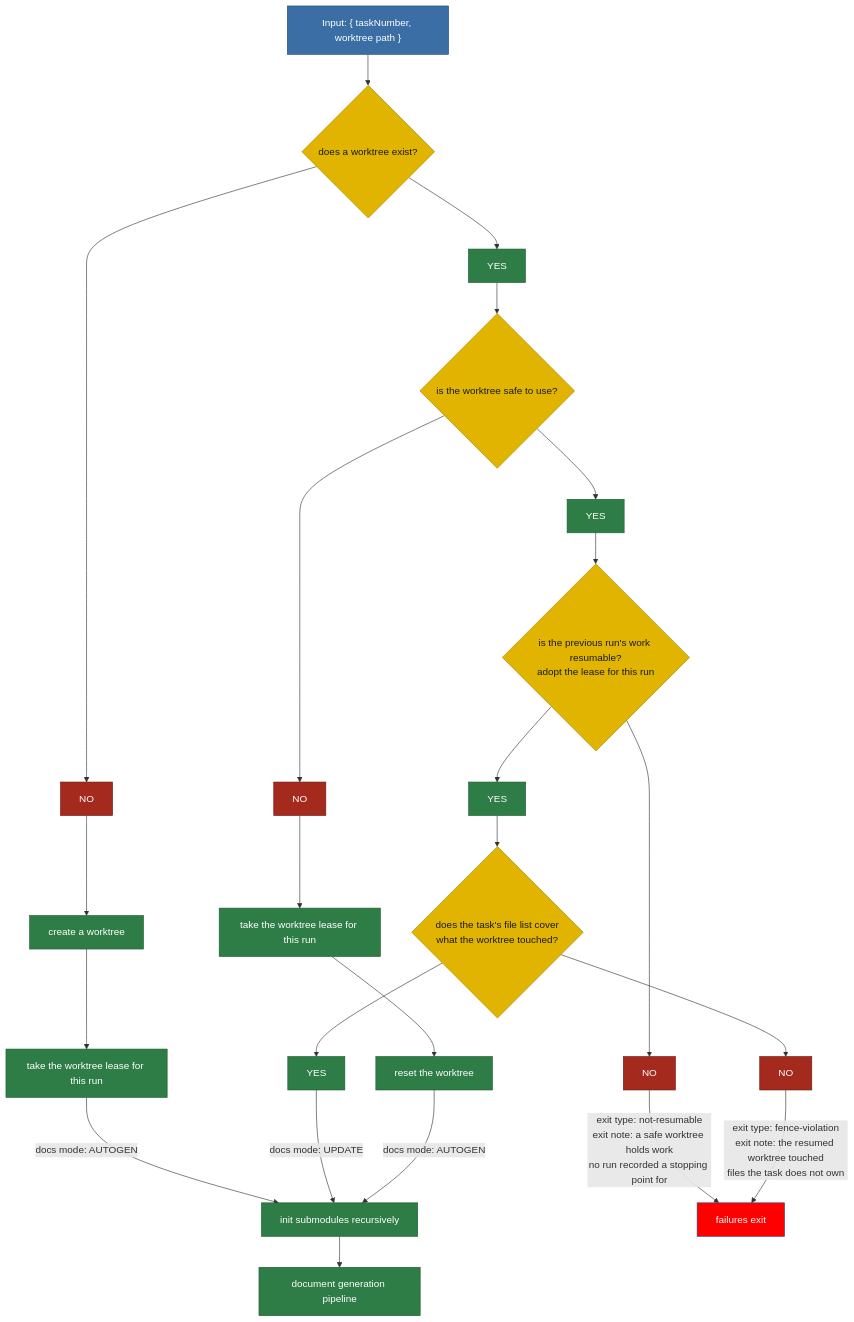
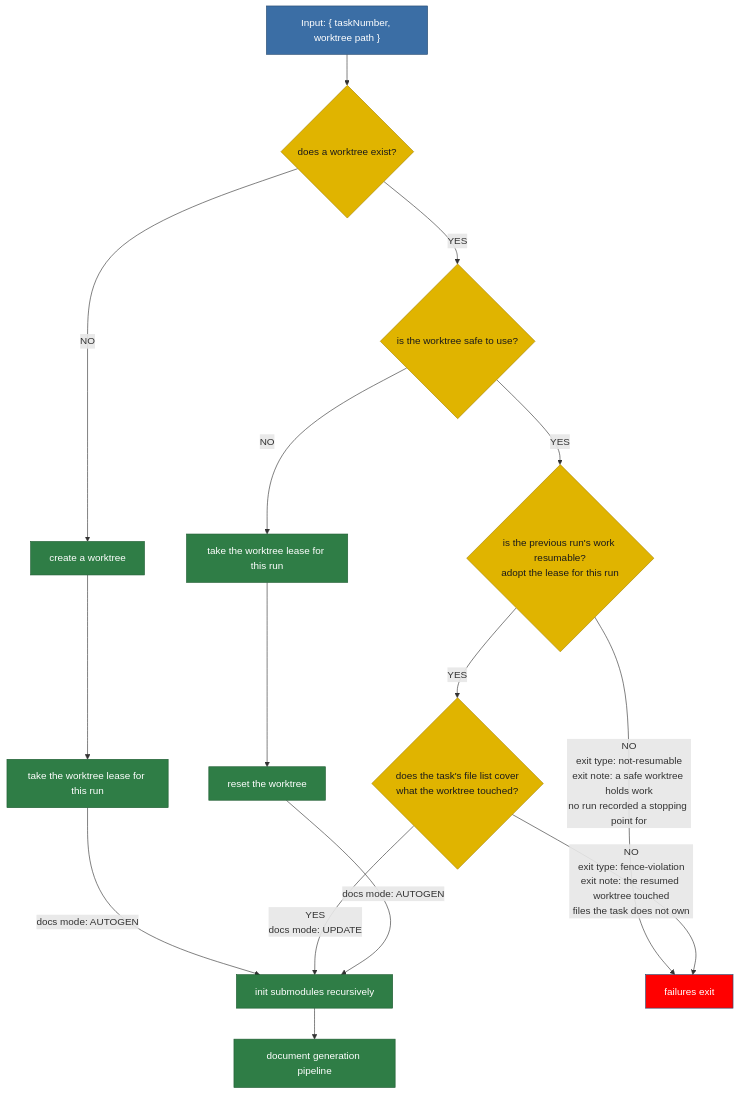
One commit to matkatmusic/taskTools changed the diagram in plans/diagram/pipeline-worktreeCheck.mmd. Above: the diagram before and after it, drawn with Mermaid. The commit also changed 12 other files, not shown here.

Commit message:
changed YES/NO blocks to be labels in diagrams

```diff
--- a/plans/diagram/pipeline-worktreeCheck.mmd
+++ b/plans/diagram/pipeline-worktreeCheck.mmd
@@ -1,78 +1,68 @@
 flowchart TB
 %% WORKTREE CHECK. Input: an active task from the preamble pipeline.
 %% ---
 %% Every git interaction goes through a script, never prose.
 %% ---
 %% A lost mutation is reconciled by re-reading state, never retried blindly.
 %% ---
 %% "safe to use" is structural only; it says nothing about the work inside.
 %% ---
 %% "resumable" is semantic: did the previous run record where it stopped.
 %% ---
 %% RESUME IS WORKTREE-LEVEL: the workflow still restarts at document generation and planning.
 %% ---
 %% The lease is taken or adopted before any reset, per resetTaskWorktree.ts.
 %% ---
 %% A safe worktree is never reset, because its committed work is the user's to keep or discard.
 %% ---
 %% The fence question is asked only of a resumable worktree, and it is asked last.
 %% ---
 %% It covers committed work plus staged and unstaged edits, on every layer.
 %% ---
 %% Untracked files are excluded, because the generated docs are untracked by design.
 %% ---
 %% Every exit here takes the failures exit, because the task is already active.
 %% ---
 %% Exit types this pipeline can produce:
 %% ---
 %%   not-resumable   - a safe worktree holds work no run recorded a stopping point for
 %% ---
 %%   fence-violation - the resumed worktree touched files the task does not own
 %% ---
 %%   run-failed      - a script failed operationally
 
   ACTIVE_TASK_INPUT["Input: { taskNumber, worktree path }"] --> DOES_WORKTREE_EXIST
-  DOES_WORKTREE_EXIST{"does a worktree exist?"} --> DOES_WORKTREE_EXIST_YES["YES"]
-  DOES_WORKTREE_EXIST --> DOES_WORKTREE_EXIST_NO["NO"]
-  DOES_WORKTREE_EXIST_NO --> CREATE_WORKTREE["create a worktree"]
+  DOES_WORKTREE_EXIST{"does a worktree exist?"} -->|YES| IS_WORKTREE_SAFE_TO_USE{"is the worktree safe to use?"}
+  DOES_WORKTREE_EXIST -->|NO| CREATE_WORKTREE["create a worktree"]
   CREATE_WORKTREE --> TAKE_WORKTREE_LEASE["take the worktree lease for this run"]
   TAKE_WORKTREE_LEASE -- "docs mode: AUTOGEN" --> INIT_SUBMODULES_RECURSIVELY
 
-  DOES_WORKTREE_EXIST_YES --> IS_WORKTREE_SAFE_TO_USE{"is the worktree safe to use?"}
-  IS_WORKTREE_SAFE_TO_USE --> IS_WORKTREE_SAFE_TO_USE_YES["YES"]
-  IS_WORKTREE_SAFE_TO_USE --> IS_WORKTREE_SAFE_TO_USE_NO["NO"]
-  IS_WORKTREE_SAFE_TO_USE_NO --> TAKE_WORKTREE_LEASE_BEFORE_RESET["take the worktree lease for this run"]
+  IS_WORKTREE_SAFE_TO_USE -->|YES| IS_PREVIOUS_RUN_RESUMABLE{"is the previous run's work resumable?<br/>adopt the lease for this run"}
+  IS_WORKTREE_SAFE_TO_USE -->|NO| TAKE_WORKTREE_LEASE_BEFORE_RESET["take the worktree lease for this run"]
   TAKE_WORKTREE_LEASE_BEFORE_RESET --> RESET_WORKTREE
 
-  IS_WORKTREE_SAFE_TO_USE_YES --> IS_PREVIOUS_RUN_RESUMABLE{"is the previous run's work resumable?<br/>adopt the lease for this run"}
-  IS_PREVIOUS_RUN_RESUMABLE --> IS_PREVIOUS_RUN_RESUMABLE_YES["YES"]
-  IS_PREVIOUS_RUN_RESUMABLE --> IS_PREVIOUS_RUN_RESUMABLE_NO["NO"]
-  IS_PREVIOUS_RUN_RESUMABLE_NO -- "exit type: not-resumable<br/>exit note: a safe worktree holds work<br/>no run recorded a stopping point for" --> FAILURES_EXIT
+  IS_PREVIOUS_RUN_RESUMABLE -->|YES| DOES_FENCE_COVER_WORKTREE{"does the task's file list cover<br/>what the worktree touched?"}
+  IS_PREVIOUS_RUN_RESUMABLE -- "NO<br/>exit type: not-resumable<br/>exit note: a safe worktree holds work<br/>no run recorded a stopping point for" --> FAILURES_EXIT
 
-  IS_PREVIOUS_RUN_RESUMABLE_YES --> DOES_FENCE_COVER_WORKTREE{"does the task's file list cover<br/>what the worktree touched?"}
-  DOES_FENCE_COVER_WORKTREE --> DOES_FENCE_COVER_WORKTREE_YES["YES"]
-  DOES_FENCE_COVER_WORKTREE --> DOES_FENCE_COVER_WORKTREE_NO["NO"]
-  DOES_FENCE_COVER_WORKTREE_YES -- "docs mode: UPDATE" --> INIT_SUBMODULES_RECURSIVELY
-  DOES_FENCE_COVER_WORKTREE_NO -- "exit type: fence-violation<br/>exit note: the resumed worktree touched<br/>files the task does not own" --> FAILURES_EXIT
+  DOES_FENCE_COVER_WORKTREE -- "YES<br/>docs mode: UPDATE" --> INIT_SUBMODULES_RECURSIVELY
+  DOES_FENCE_COVER_WORKTREE -- "NO<br/>exit type: fence-violation<br/>exit note: the resumed worktree touched<br/>files the task does not own" --> FAILURES_EXIT
 
   RESET_WORKTREE["reset the worktree"] -- "docs mode: AUTOGEN" --> INIT_SUBMODULES_RECURSIVELY
 
   INIT_SUBMODULES_RECURSIVELY["init submodules recursively"] --> DOCUMENT_GENERATION_PIPELINE["document generation pipeline"]
 
   FAILURES_EXIT["failures exit"]
 
   %% pass/nopass: green reuses what is already there, red rebuilds it.
   classDef pipeline fill:#2f7d46,stroke:#1e5c31,color:#ffffff
   classDef script fill:#2f7d46,stroke:#1e5c31,color:#ffffff
   classDef decision fill:#e0b400,stroke:#a88600,color:#1a1a1a
   classDef output fill:#3b6ea5,stroke:#254a70,color:#ffffff
   classDef pass fill:#2f7d46,stroke:#1e5c31,color:#ffffff
   classDef nopass fill:#a52a1e,stroke:#6d1a12,color:#ffffff
   classDef fail fill:red,stroke:#254a70,color:#ffffff
   class DOES_WORKTREE_EXIST,IS_WORKTREE_SAFE_TO_USE,IS_PREVIOUS_RUN_RESUMABLE,DOES_FENCE_COVER_WORKTREE decision
   class CREATE_WORKTREE,RESET_WORKTREE,INIT_SUBMODULES_RECURSIVELY,TAKE_WORKTREE_LEASE,TAKE_WORKTREE_LEASE_BEFORE_RESET script
   class DOCUMENT_GENERATION_PIPELINE pipeline
-  class DOES_WORKTREE_EXIST_YES,IS_WORKTREE_SAFE_TO_USE_YES,IS_PREVIOUS_RUN_RESUMABLE_YES,DOES_FENCE_COVER_WORKTREE_YES pass
-  class DOES_WORKTREE_EXIST_NO,IS_WORKTREE_SAFE_TO_USE_NO,IS_PREVIOUS_RUN_RESUMABLE_NO,DOES_FENCE_COVER_WORKTREE_NO nopass
   class FAILURES_EXIT fail
   class ACTIVE_TASK_INPUT output
```
